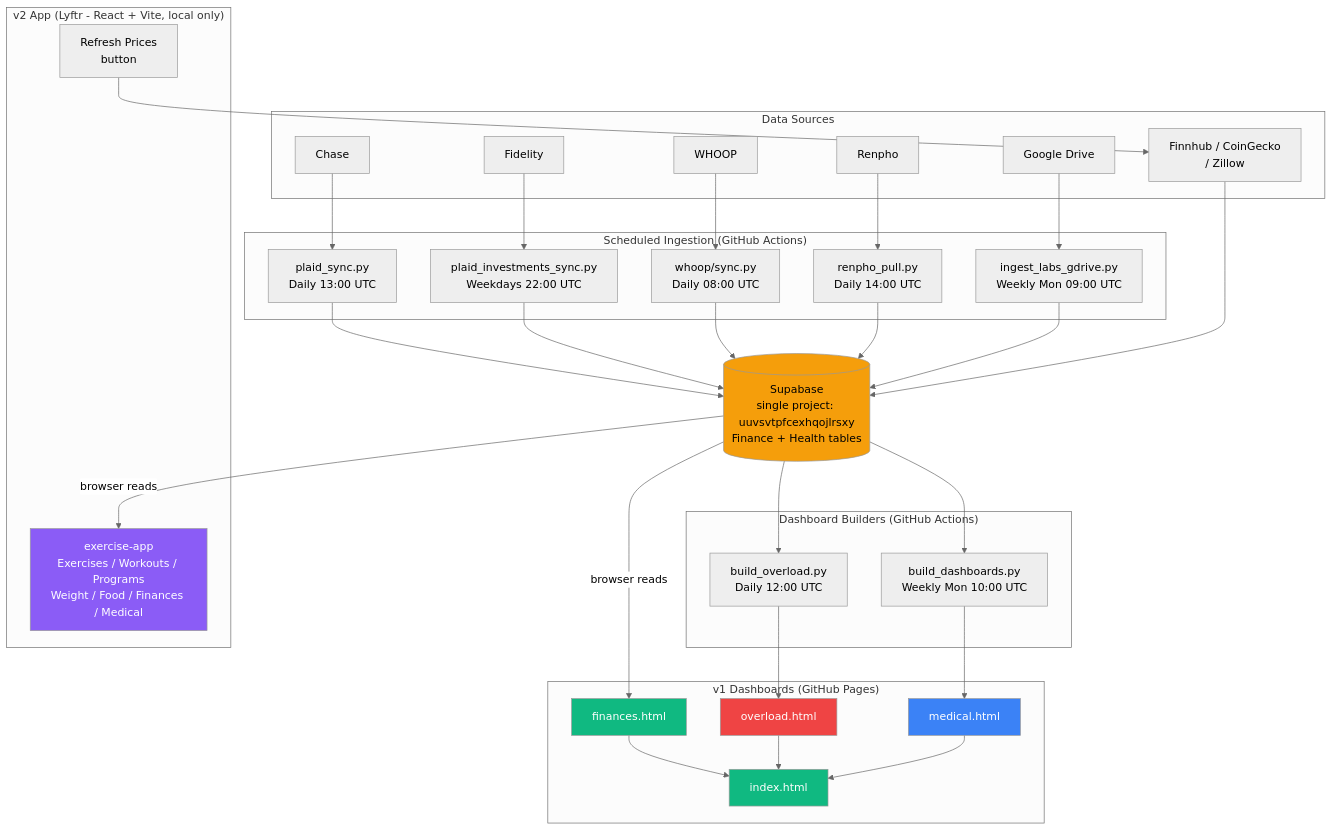
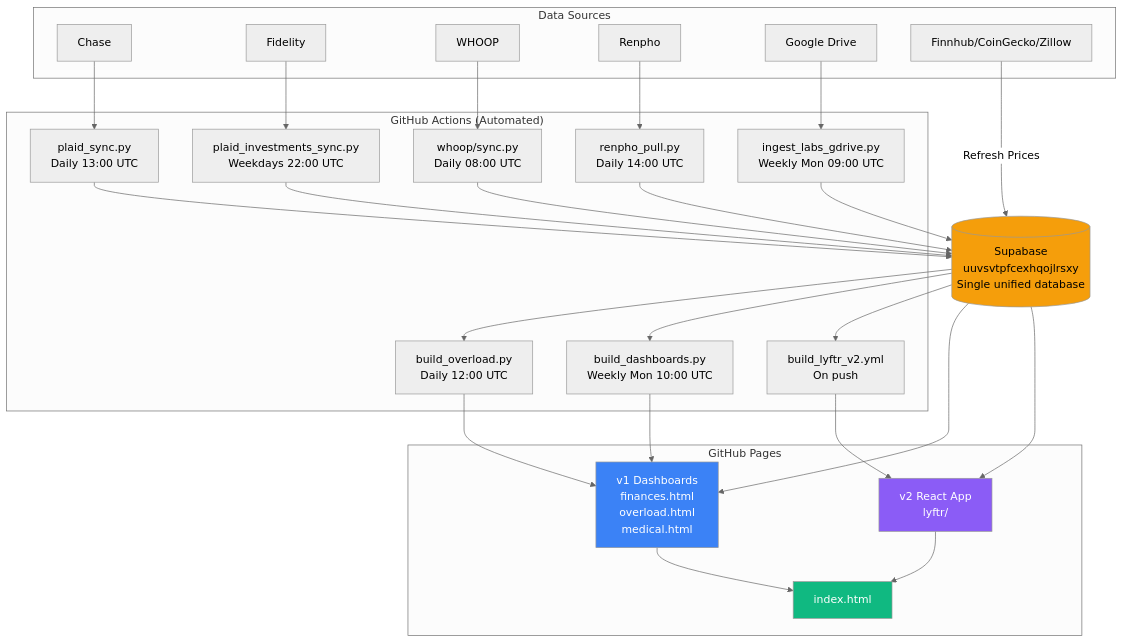
Before and after one commit to fernandomartinez-de/personal: the diagram in README.md, drawn with Mermaid (neutral theme). The commit also changed other lines of this file, not shown here.

````diff
--- a/README.md
+++ b/README.md
@@ -257,72 +24,62 @@
 ```mermaid
 graph TB
-    subgraph DS["Data Sources"]
-        PRICES[Finnhub / CoinGecko<br/>/ Zillow]
+    subgraph "Data Sources"
         CHASE[Chase]
         FIDELITY[Fidelity]
         WHOOP[WHOOP]
         RENPHO[Renpho]
         GDRIVE[Google Drive]
+        PRICES[Finnhub/CoinGecko/Zillow]
     end
 
-    subgraph GHA["Scheduled Ingestion (GitHub Actions)"]
-        PLAID_CHASE[plaid_sync.py<br/>Daily 13:00 UTC]
-        PLAID_INV[plaid_investments_sync.py<br/>Weekdays 22:00 UTC]
-        WHOOP_SYNC[whoop/sync.py<br/>Daily 08:00 UTC]
-        BODY_SYNC[renpho_pull.py<br/>Daily 14:00 UTC]
-        LABS_INGEST[ingest_labs_gdrive.py<br/>Weekly Mon 09:00 UTC]
+    subgraph "GitHub Actions (Automated)"
+        PLAID_C[plaid_sync.py<br/>Daily 13:00 UTC]
+        PLAID_I[plaid_investments_sync.py<br/>Weekdays 22:00 UTC]
+        WHOOP_S[whoop/sync.py<br/>Daily 08:00 UTC]
+        BODY_S[renpho_pull.py<br/>Daily 14:00 UTC]
+        LABS[ingest_labs_gdrive.py<br/>Weekly Mon 09:00 UTC]
+        BUILD_F[build_overload.py<br/>Daily 12:00 UTC]
+        BUILD_M[build_dashboards.py<br/>Weekly Mon 10:00 UTC]
+        BUILD_L[build_lyftr_v2.yml<br/>On push]
     end
 
-    SUPA[(Supabase<br/>single project: uuvsvtpfcexhqojlrsxy<br/>Finance + Health tables)]
+    SUPA[(Supabase<br/>uuvsvtpfcexhqojlrsxy<br/>Single unified database)]
 
-    subgraph BUILD["Dashboard Builders (GitHub Actions)"]
-        BUILD_FITNESS[build_overload.py<br/>Daily 12:00 UTC]
-        BUILD_MEDICAL[build_dashboards.py<br/>Weekly Mon 10:00 UTC]
-    end
-
-    subgraph V1["v1 Dashboards (GitHub Pages)"]
-        DASH_FINANCE[finances.html]
-        DASH_FITNESS[overload.html]
-        DASH_MEDICAL[medical.html]
+    subgraph "GitHub Pages"
+        V1[v1 Dashboards<br/>finances.html<br/>overload.html<br/>medical.html]
+        V2[v2 React App<br/>lyftr/]
         LANDING[index.html]
     end
 
-    subgraph V2["v2 App (Lyftr - React + Vite, local only)"]
-        LYFTR_APP[exercise-app<br/>Exercises / Workouts / Programs<br/>Weight / Food / Finances / Medical]
-        REFRESH[Refresh Prices<br/>button]
-    end
+    CHASE --> PLAID_C
+    FIDELITY --> PLAID_I
+    WHOOP --> WHOOP_S
+    RENPHO --> BODY_S
+    GDRIVE --> LABS
 
-    CHASE --> PLAID_CHASE
-    FIDELITY --> PLAID_INV
-    WHOOP --> WHOOP_SYNC
-    RENPHO --> BODY_SYNC
-    GDRIVE --> LABS_INGEST
+    PLAID_C --> SUPA
+    PLAID_I --> SUPA
+    WHOOP_S --> SUPA
+    BODY_S --> SUPA
+    LABS --> SUPA
 
-    PLAID_CHASE --> SUPA
-    PLAID_INV --> SUPA
-    WHOOP_SYNC --> SUPA
-    BODY_SYNC --> SUPA
-    LABS_INGEST --> SUPA
+    SUPA --> BUILD_F
+    SUPA --> BUILD_M
+    SUPA --> BUILD_L
+    SUPA --> V1
+    SUPA --> V2
 
-    SUPA -->|browser reads| DASH_FINANCE
-    SUPA --> BUILD_FITNESS
-    SUPA --> BUILD_MEDICAL
+    BUILD_F --> V1
+    BUILD_M --> V1
+    BUILD_L --> V2
 
-    BUILD_FITNESS --> DASH_FITNESS
-    BUILD_MEDICAL --> DASH_MEDICAL
+    V1 --> LANDING
+    V2 --> LANDING
 
-    DASH_FINANCE --> LANDING
-    DASH_FITNESS --> LANDING
-    DASH_MEDICAL --> LANDING
+    PRICES -->|Refresh Prices| SUPA
 
-    SUPA -->|browser reads| LYFTR_APP
-    REFRESH --> PRICES
-    PRICES --> SUPA
-
+    style SUPA fill:#f59e0b,color:#000
     style LANDING fill:#10b981,color:#fff
-    style DASH_FINANCE fill:#10b981,color:#fff
-    style DASH_FITNESS fill:#ef4444,color:#fff
-    style DASH_MEDICAL fill:#3b82f6,color:#fff
-    style SUPA fill:#f59e0b,color:#000
-    style LYFTR_APP fill:#8b5cf6,color:#fff
+    style V1 fill:#3b82f6,color:#fff
+    style V2 fill:#8b5cf6,color:#fff
 ```
````
